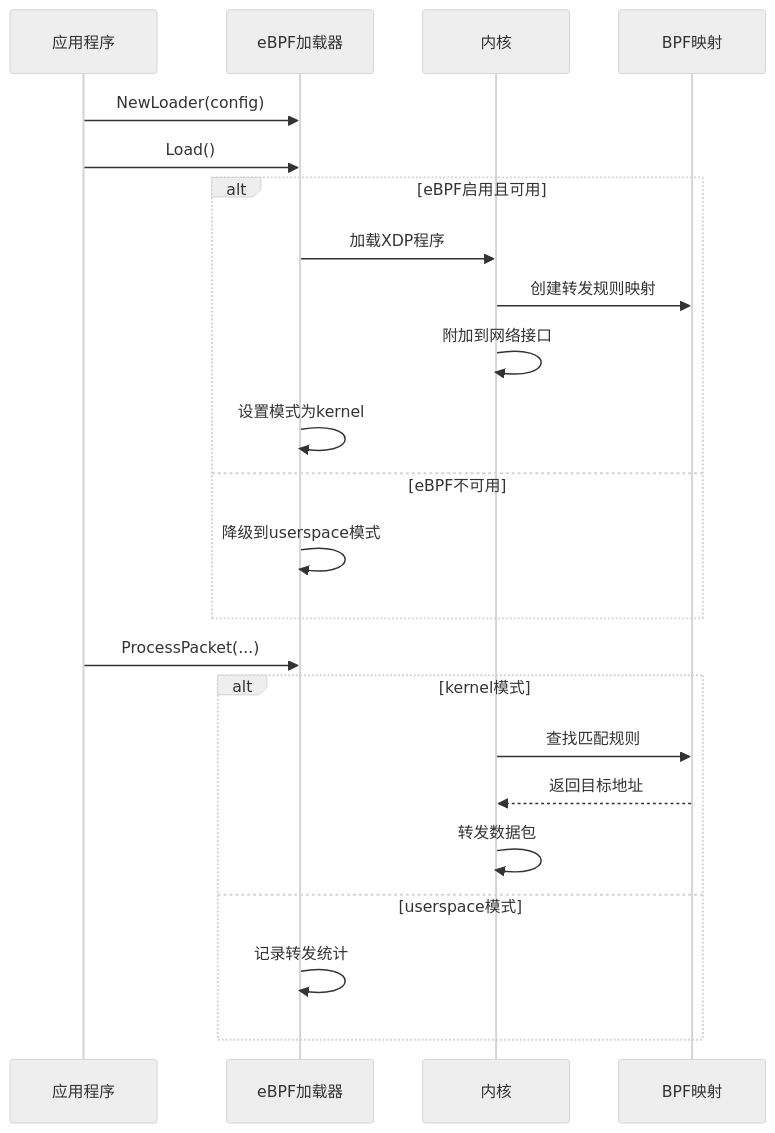
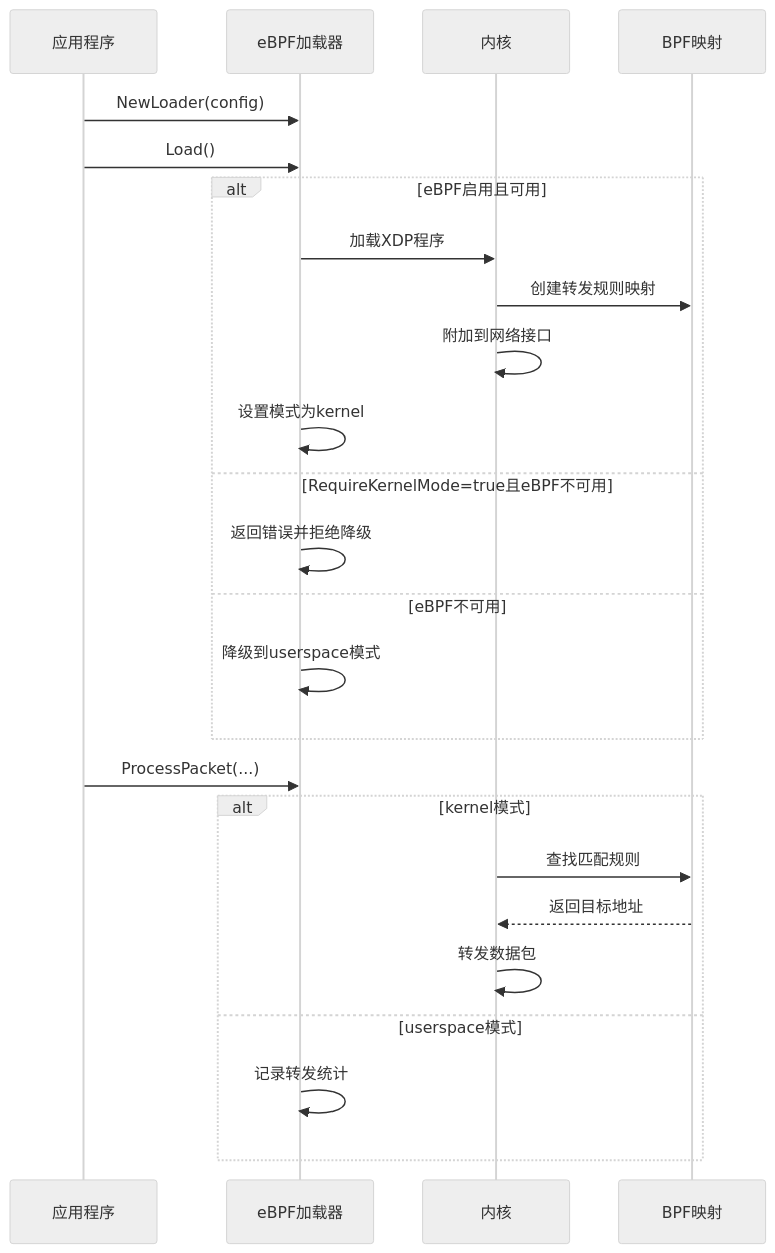
One commit to itsharex/NexTunnel changed the fourth of 10 diagrams in .qoder/repowiki/zh/content/服务端架构/eBPF包转发系统.md. Above: the diagram before and after it, drawn with Mermaid (neutral theme). The commit also changed other lines of this file and 32 other files, not shown here.

````diff
--- a/.qoder/repowiki/zh/content/服务端架构/eBPF包转发系统.md
+++ b/.qoder/repowiki/zh/content/服务端架构/eBPF包转发系统.md
@@ -227,25 +242,27 @@
 ```mermaid
 sequenceDiagram
 participant App as 应用程序
 participant Loader as eBPF加载器
 participant Kernel as 内核
 participant BPF as BPF映射
 App->>Loader : NewLoader(config)
 App->>Loader : Load()
 alt eBPF启用且可用
 Loader->>Kernel : 加载XDP程序
 Kernel->>BPF : 创建转发规则映射
 Kernel->>Kernel : 附加到网络接口
 Loader->>Loader : 设置模式为kernel
+else RequireKernelMode=true且eBPF不可用
+Loader->>Loader : 返回错误并拒绝降级
 else eBPF不可用
 Loader->>Loader : 降级到userspace模式
 end
 App->>Loader : ProcessPacket(...)
 alt kernel模式
 Kernel->>BPF : 查找匹配规则
 BPF-->>Kernel : 返回目标地址
 Kernel->>Kernel : 转发数据包
 else userspace模式
 Loader->>Loader : 记录转发统计
 end
 ```
````
